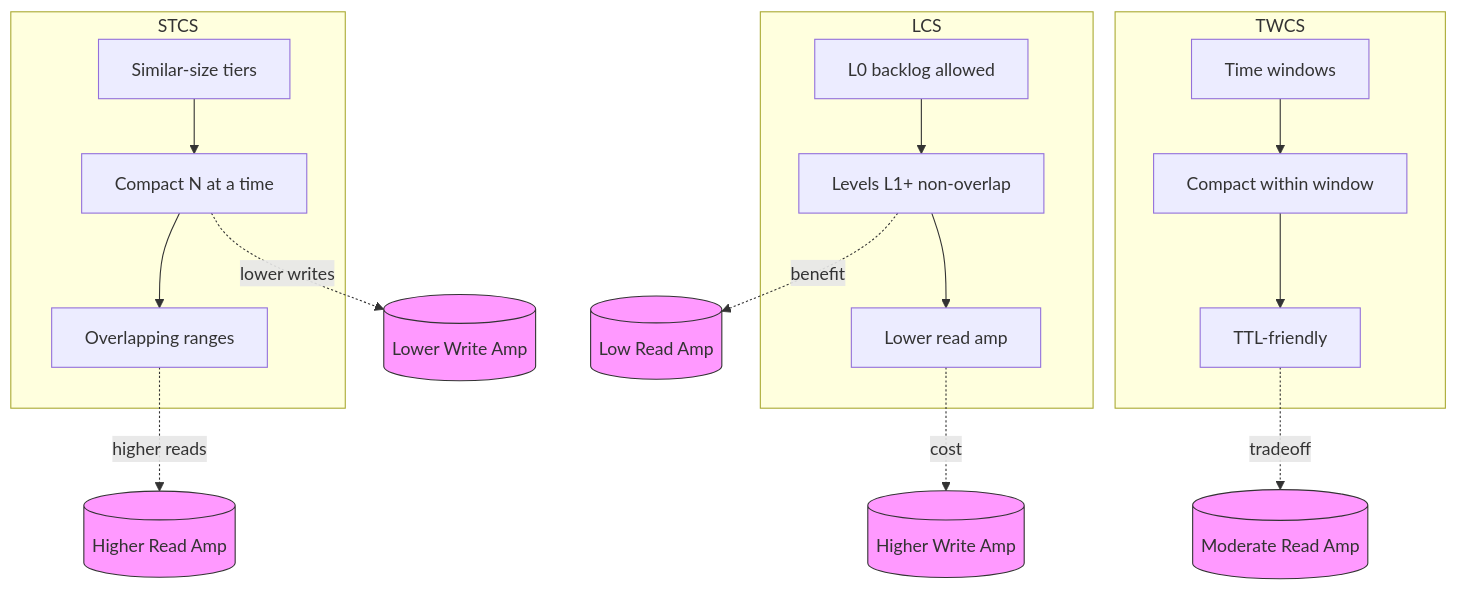
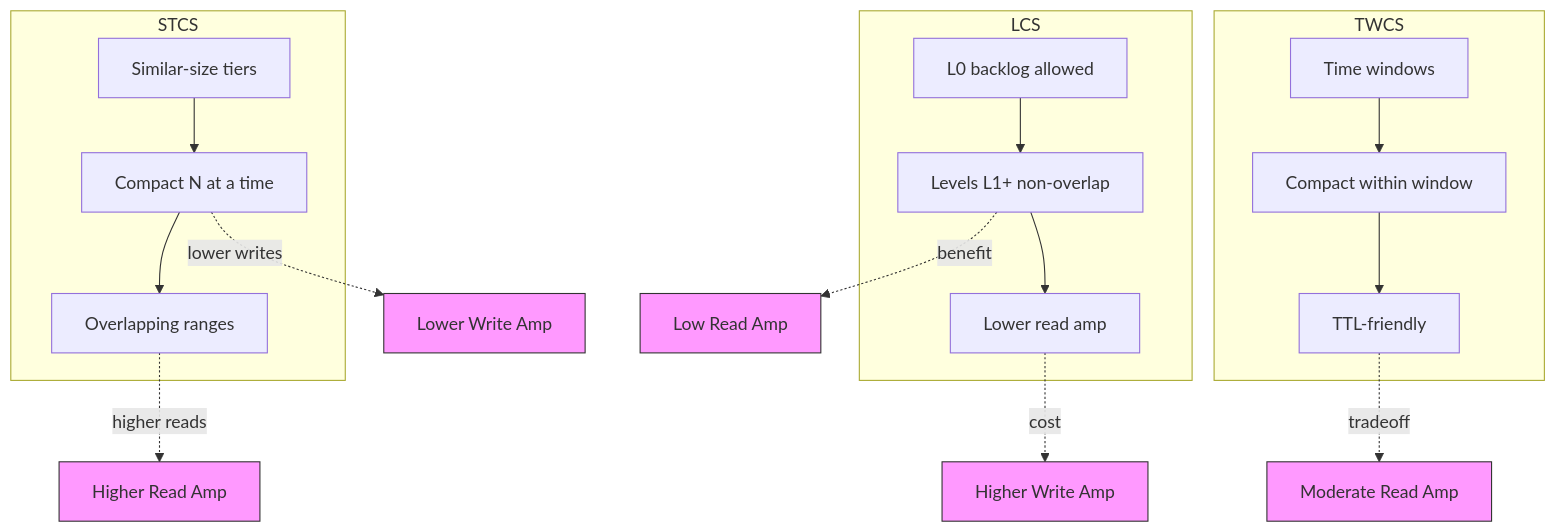
The diagram in docs/sstables-definitive-guide/diagrams/compaction-strategy-comparison.mmd (pmcfadin/cqlite), drawn with Mermaid before and after one commit. The commit also changed 67 other files, not shown here.

```diff
--- a/docs/sstables-definitive-guide/diagrams/compaction-strategy-comparison.mmd
+++ b/docs/sstables-definitive-guide/diagrams/compaction-strategy-comparison.mmd
@@ -1,27 +1,27 @@
 %% Compaction strategies comparison (Cassandra 5.0)
 %% Alt text: Visual summary of STCS/LCS/TWCS principles and trade-offs
 %% Caption: STCS groups by size, LCS levels to remove overlap, TWCS isolates by time
 flowchart TD
   subgraph ST[STCS]
     A1[Similar-size tiers] --> A2[Compact N at a time]
     A2 --> A3[Overlapping ranges]
   end
 
   subgraph LV[LCS]
     B1[L0 backlog allowed] --> B2[Levels L1+ non-overlap]
     B2 --> B3[Lower read amp]
   end
 
   subgraph TW[TWCS]
     C1[Time windows] --> C2[Compact within window]
     C2 --> C3[TTL-friendly]
   end
 
-  A3 -. higher reads .-> OUT1[(Higher Read Amp)]
-  A2 -. lower writes .-> OUT2[(Lower Write Amp)]
-  B3 -. cost .-> OUT4[(Higher Write Amp)]
-  B2 -. benefit .-> OUT5[(Low Read Amp)]
-  C3 -. tradeoff .-> OUT6[(Moderate Read Amp)]
+  A3 -. higher reads .-> OUT1[Higher Read Amp]
+  A2 -. lower writes .-> OUT2[Lower Write Amp]
+  B3 -. cost .-> OUT4[Higher Write Amp]
+  B2 -. benefit .-> OUT5[Low Read Amp]
+  C3 -. tradeoff .-> OUT6[Moderate Read Amp]
 
   classDef note fill:#f9f,stroke:#333,stroke-width:1px
   class OUT1,OUT2,OUT4,OUT5,OUT6 note
```
